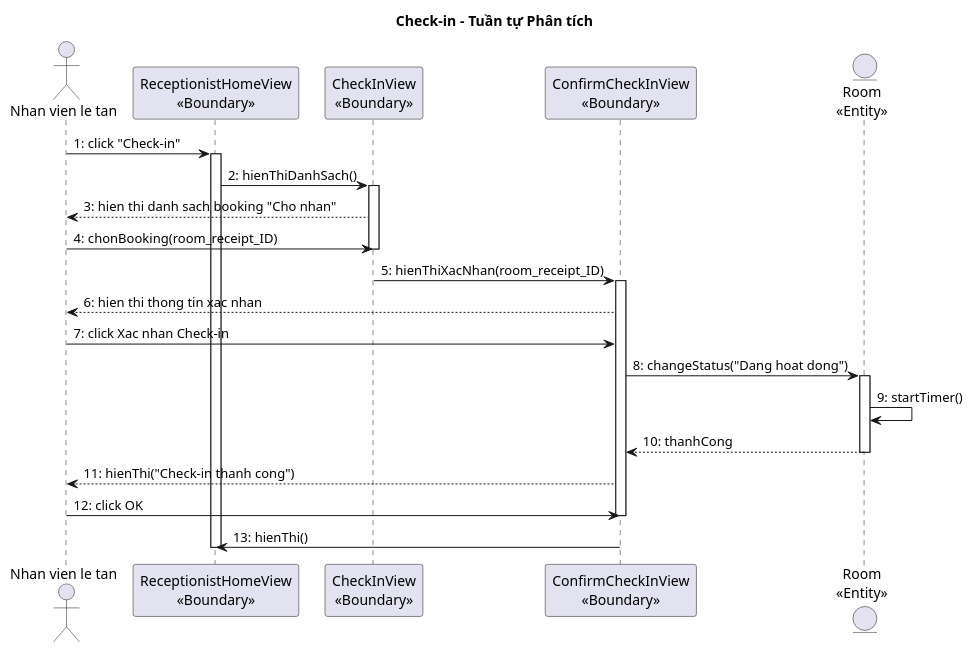
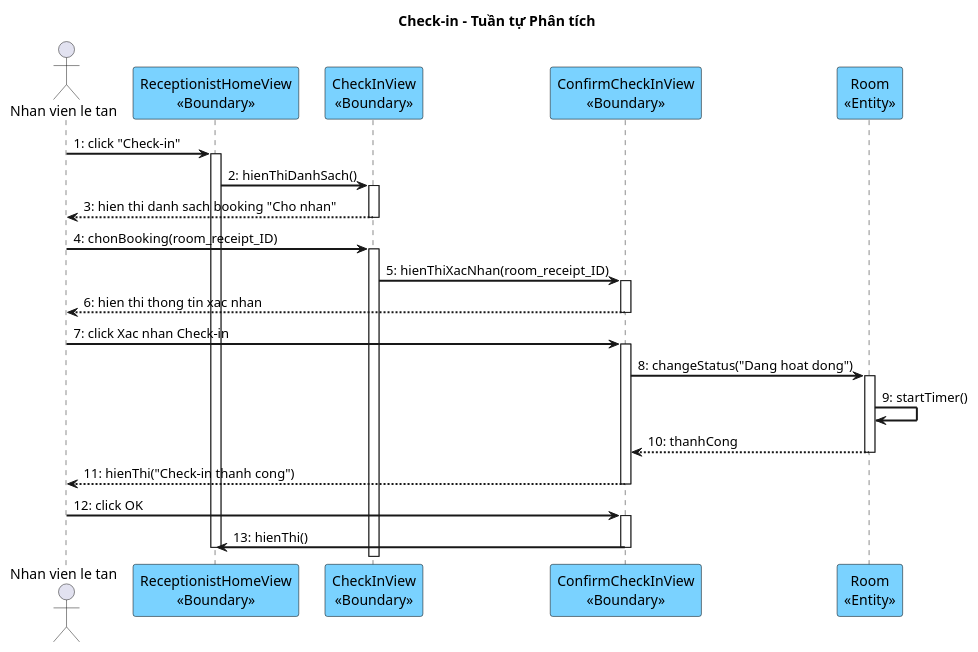
Before and after one commit to thanhtrnnn/cnpm: the seventh of 8 diagrams in docs/tabs/section-booking-ii.3-2.4.md, drawn with PlantUML. The commit also changed other lines of this file and 10 other files, not shown here.

First line of the commit message:
fix: update all 8 sequence diagrams with cnpm skill style

````diff
--- a/docs/tabs/section-booking-ii.3-2.4.md
+++ b/docs/tabs/section-booking-ii.3-2.4.md
@@ -486,33 +533,51 @@
 ```plantuml
 @startuml
+skinparam shadowing false
+skinparam SequenceMessageAlign left
+skinparam SequenceArrowThickness 2
+skinparam ParticipantBackgroundColor #7AD2FF
+skinparam ParticipantBorderColor black
+skinparam BoundaryBackgroundColor #7AD2FF
+skinparam BoundaryBorderColor black
+skinparam EntityBackgroundColor #7AD2FF
+skinparam EntityBorderColor black
+
 title Check-in – Tuần tự Phân tích
 
 actor "Nhan vien le tan" as NV
 participant "ReceptionistHomeView\n<<Boundary>>" as Home
-participant "CheckInView\n<<Boundary>>" as CheckIn
-participant "ConfirmCheckInView\n<<Boundary>>" as Confirm
-entity "Room\n<<Entity>>" as Room
+participant "CheckInView\n<<Boundary>>" as CIV
+participant "ConfirmCheckInView\n<<Boundary>>" as CCV
+participant "Room\n<<Entity>>" as Room
 
 NV -> Home : 1: click "Check-in"
 activate Home
-Home -> CheckIn : 2: hienThiDanhSach()
-activate CheckIn
-CheckIn --> NV : 3: hien thi danh sach booking "Cho nhan"
-NV -> CheckIn : 4: chonBooking(room_receipt_ID)
-deactivate CheckIn
-CheckIn -> Confirm : 5: hienThiXacNhan(room_receipt_ID)
-activate Confirm
-Confirm --> NV : 6: hien thi thong tin xac nhan
-NV -> Confirm : 7: click Xac nhan Check-in
-Confirm -> Room : 8: changeStatus("Dang hoat dong")
+Home -> CIV : 2: hienThiDanhSach()
+activate CIV
+CIV --> NV : 3: hien thi danh sach booking "Cho nhan"
+deactivate CIV
+
+NV -> CIV : 4: chonBooking(room_receipt_ID)
+activate CIV
+CIV -> CCV : 5: hienThiXacNhan(room_receipt_ID)
+activate CCV
+CCV --> NV : 6: hien thi thong tin xac nhan
+deactivate CCV
+
+NV -> CCV : 7: click Xac nhan Check-in
+activate CCV
+CCV -> Room : 8: changeStatus("Dang hoat dong")
 activate Room
 Room -> Room : 9: startTimer()
-Room --> Confirm : 10: thanhCong
+Room --> CCV : 10: thanhCong
 deactivate Room
-Confirm --> NV : 11: hienThi("Check-in thanh cong")
-NV -> Confirm : 12: click OK
-deactivate Confirm
-Confirm -> Home : 13: hienThi()
+CCV --> NV : 11: hienThi("Check-in thanh cong")
+deactivate CCV
+
+NV -> CCV : 12: click OK
+activate CCV
+CCV -> Home : 13: hienThi()
+deactivate CCV
 deactivate Home
 @enduml
 ```
````
